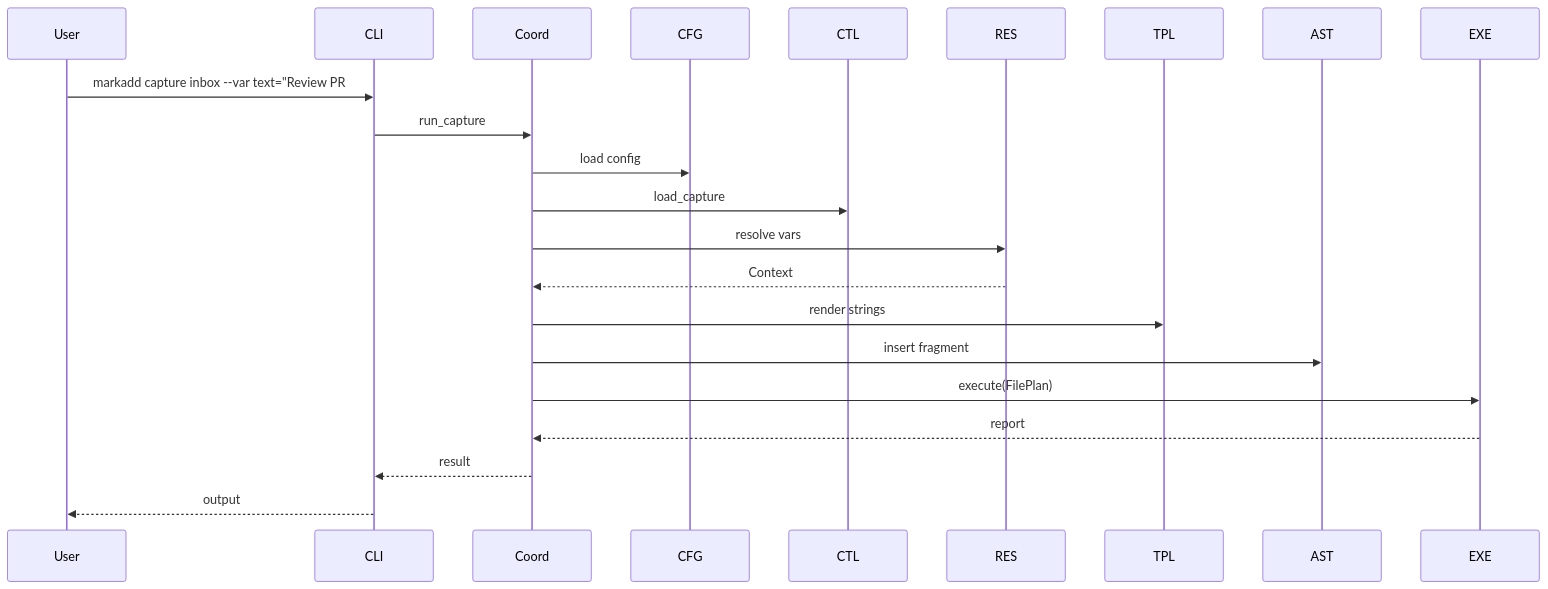
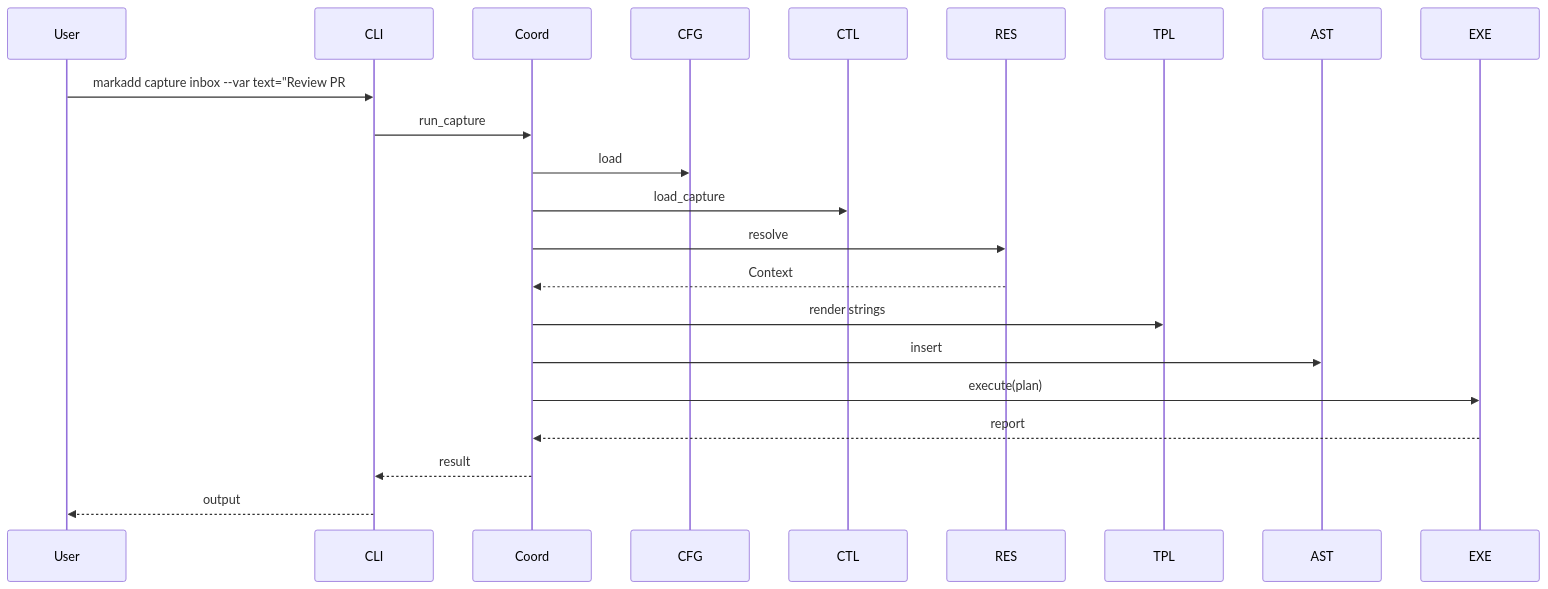
Before and after one commit to agustinvalencia/mdvault: diagram 14 of 22 in docs/01_development_plan.md, drawn with Mermaid. The commit also changed other lines of this file and 2 other files, not shown here.

````diff
--- a/docs/01_development_plan.md
+++ b/docs/01_development_plan.md
@@ -371,25 +379,24 @@
 ```mermaid
 sequenceDiagram
   participant User
   participant CLI
   participant Coord
   participant CFG
   participant CTL
   participant RES
   participant TPL
   participant AST
   participant EXE
-
   User->>CLI: markadd capture inbox --var text="Review PR #42"
   CLI->>Coord: run_capture
-  Coord->>CFG: load config
+  Coord->>CFG: load
   Coord->>CTL: load_capture
-  Coord->>RES: resolve vars
+  Coord->>RES: resolve
   RES-->>Coord: Context
   Coord->>TPL: render strings
-  Coord->>AST: insert fragment
-  Coord->>EXE: execute(FilePlan)
+  Coord->>AST: insert
+  Coord->>EXE: execute(plan)
   EXE-->>Coord: report
   Coord-->>CLI: result
   CLI-->>User: output
 ```
````
